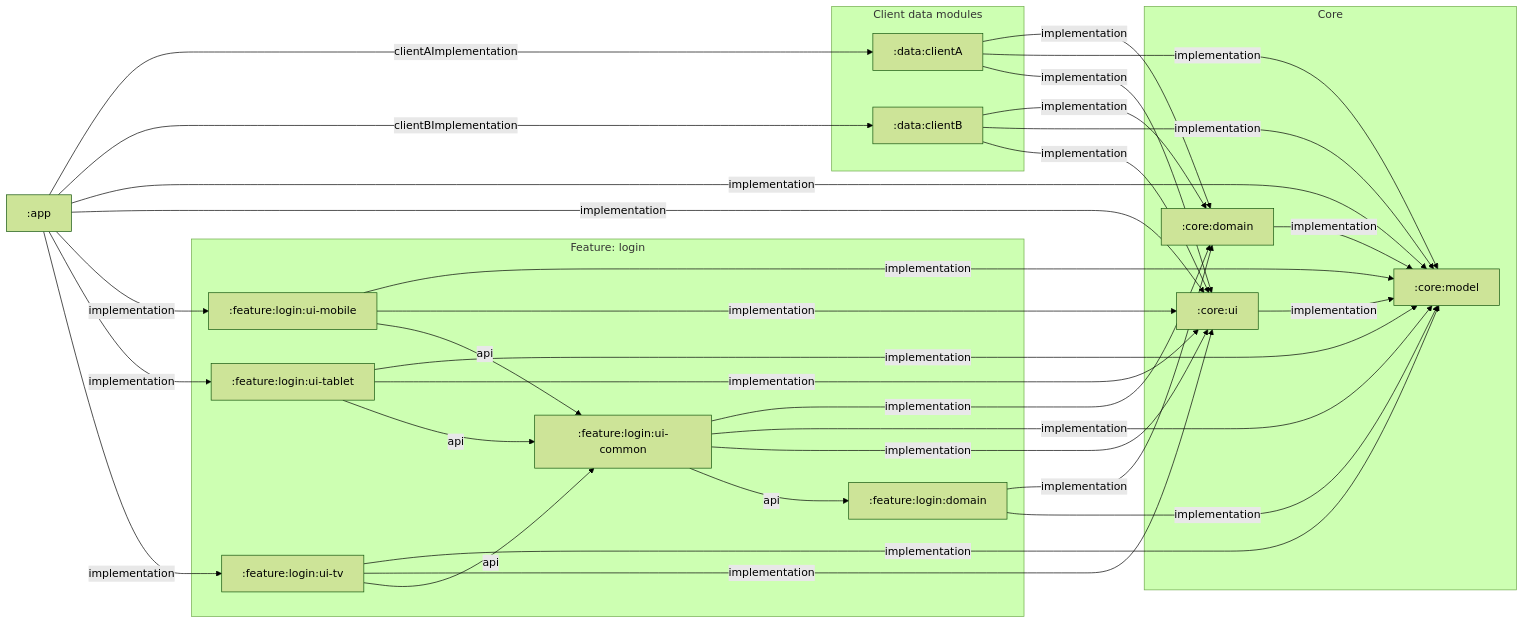
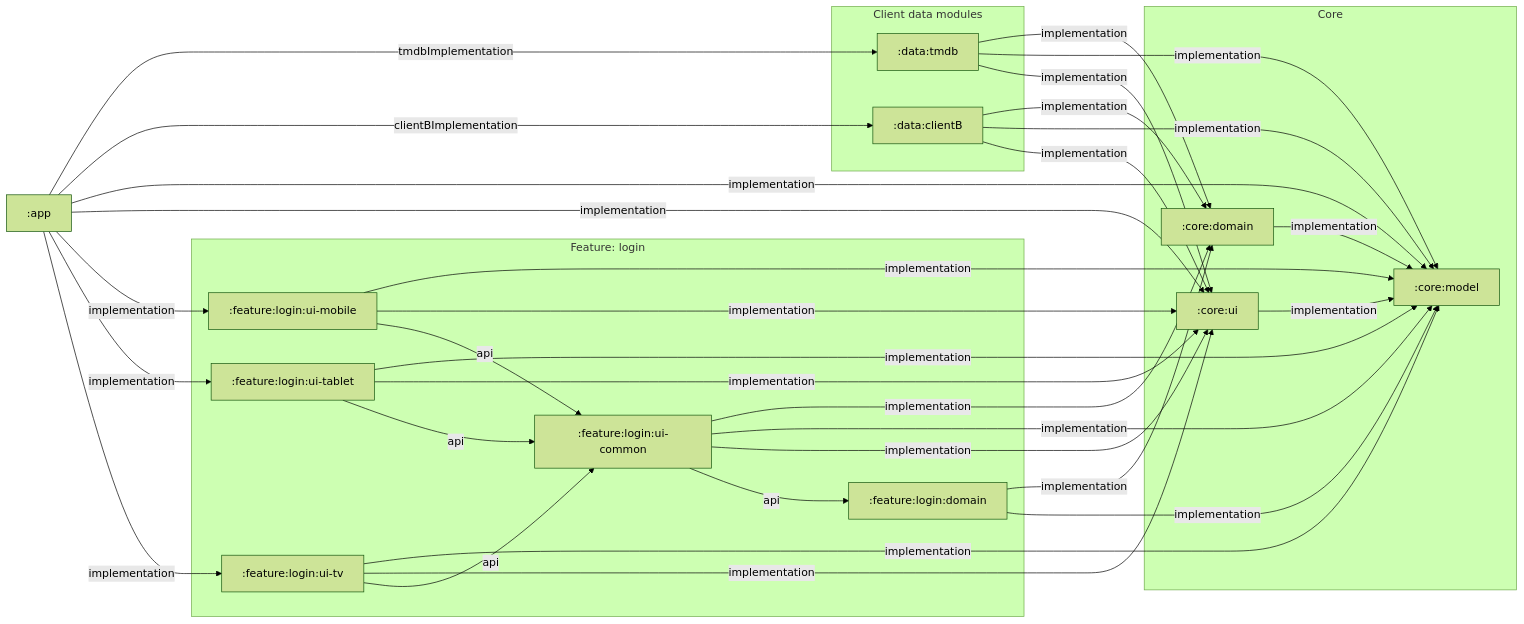
Before and after one commit to nikospamp/StreamCore-TV: the diagram in MODULE_DEPENDENCY_GRAPH.md, drawn with Mermaid (forest theme). The commit also changed other lines of this file and 60 other files, not shown here.

Commit message:
Start tmdb implementation.

````diff
--- a/MODULE_DEPENDENCY_GRAPH.md
+++ b/MODULE_DEPENDENCY_GRAPH.md
@@ -5,59 +5,59 @@
 ```mermaid
 flowchart LR
     app[":app"]
 
     subgraph clients["Client data modules"]
-        dataClientA[":data:clientA"]
+        dataTmdb[":data:tmdb"]
         dataClientB[":data:clientB"]
     end
 
     subgraph login["Feature: login"]
         loginMobile[":feature:login:ui-mobile"]
         loginTablet[":feature:login:ui-tablet"]
         loginTv[":feature:login:ui-tv"]
         loginCommon[":feature:login:ui-common"]
         loginDomain[":feature:login:domain"]
     end
 
     subgraph core["Core"]
         coreUi[":core:ui"]
         coreDomain[":core:domain"]
         coreModel[":core:model"]
     end
 
-    app -->|"clientAImplementation"| dataClientA
+    app -->|"tmdbImplementation"| dataTmdb
     app -->|"clientBImplementation"| dataClientB
     app -->|"implementation"| coreModel
     app -->|"implementation"| coreUi
     app -->|"implementation"| loginMobile
     app -->|"implementation"| loginTablet
     app -->|"implementation"| loginTv
 
-    dataClientA -->|"implementation"| coreDomain
-    dataClientA -->|"implementation"| coreModel
-    dataClientA -->|"implementation"| coreUi
+    dataTmdb -->|"implementation"| coreDomain
+    dataTmdb -->|"implementation"| coreModel
+    dataTmdb -->|"implementation"| coreUi
     dataClientB -->|"implementation"| coreDomain
     dataClientB -->|"implementation"| coreModel
     dataClientB -->|"implementation"| coreUi
 
     loginMobile -->|"implementation"| coreModel
     loginMobile -->|"implementation"| coreUi
     loginMobile -->|"api"| loginCommon
     loginTablet -->|"implementation"| coreModel
     loginTablet -->|"implementation"| coreUi
     loginTablet -->|"api"| loginCommon
     loginTv -->|"implementation"| coreModel
     loginTv -->|"implementation"| coreUi
     loginTv -->|"api"| loginCommon
 
     loginCommon -->|"implementation"| coreDomain
     loginCommon -->|"implementation"| coreModel
     loginCommon -->|"implementation"| coreUi
     loginCommon -->|"api"| loginDomain
 
     loginDomain -->|"implementation"| coreDomain
     loginDomain -->|"implementation"| coreModel
 
     coreUi -->|"implementation"| coreModel
     coreDomain -->|"implementation"| coreModel
 ```
````
